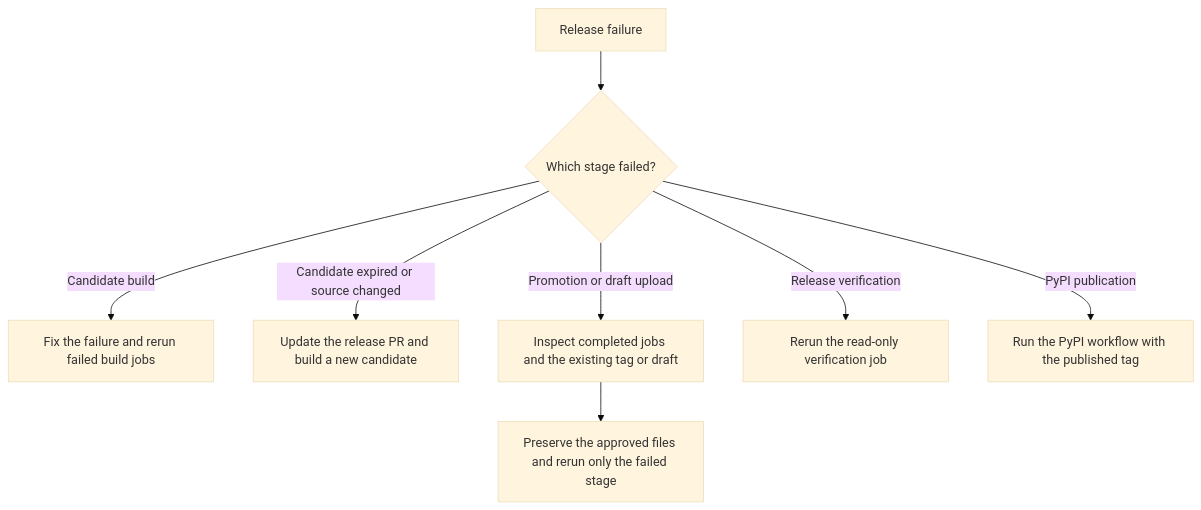
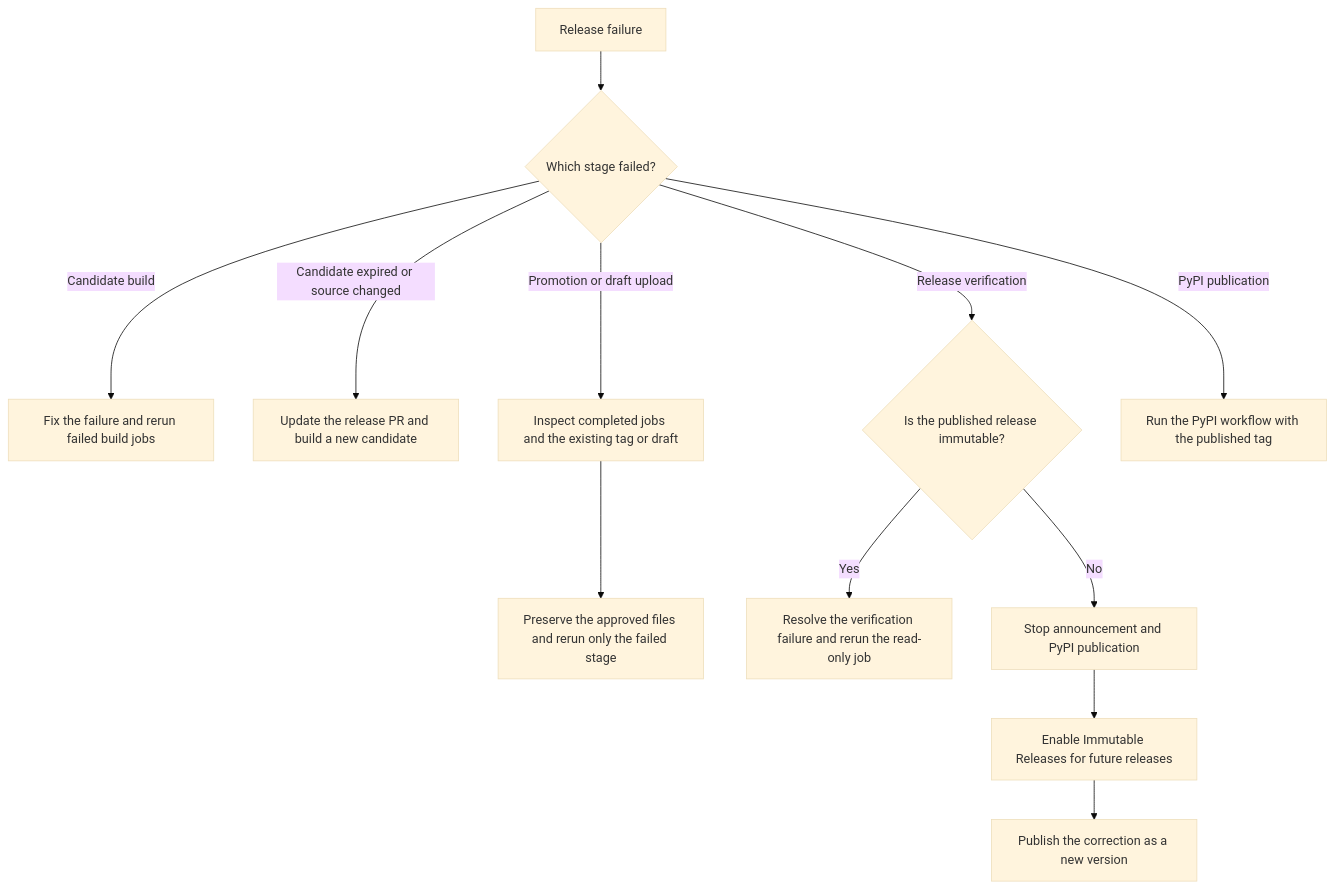
Before and after one commit to NatLabRockies/arco: the second of 2 diagrams in RELEASE_POLICY.md, drawn with Mermaid (base theme). The commit also changed other lines of this file and 2 other files, not shown here.

First line of the commit message:
fix(release): use GITHUB_TOKEN and squash merges for promotion (#415)

````diff
--- a/RELEASE_POLICY.md
+++ b/RELEASE_POLICY.md
@@ -114,10 +122,14 @@
 ```mermaid
 flowchart TD
     Failure[Release failure] --> Stage{Which stage failed?}
     Stage -->|Candidate build| Build[Fix the failure and rerun failed build jobs]
     Stage -->|Candidate expired or source changed| Fresh[Update the release PR and build a new candidate]
     Stage -->|Promotion or draft upload| Inspect[Inspect completed jobs and the existing tag or draft]
     Inspect --> Preserve[Preserve the approved files and rerun only the failed stage]
-    Stage -->|Release verification| Verify[Rerun the read-only verification job]
+    Stage -->|Release verification| Verify{Is the published release immutable?}
+    Verify -->|Yes| RetryVerify[Resolve the verification failure and rerun the read-only job]
+    Verify -->|No| Stop[Stop announcement and PyPI publication]
+    Stop --> Configure[Enable Immutable Releases for future releases]
+    Configure --> NewVersion[Publish the correction as a new version]
     Stage -->|PyPI publication| PyPI[Run the PyPI workflow with the published tag]
 ```
````
